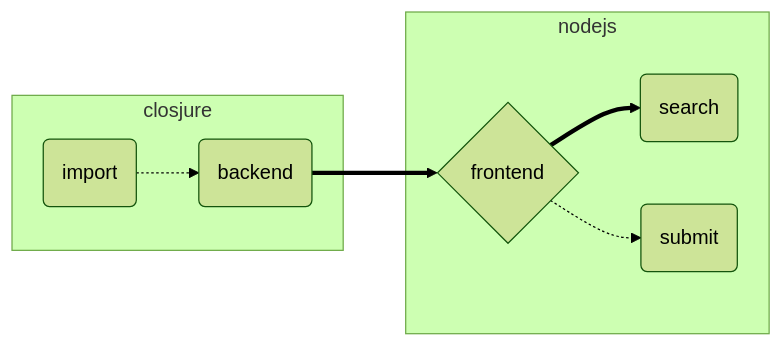
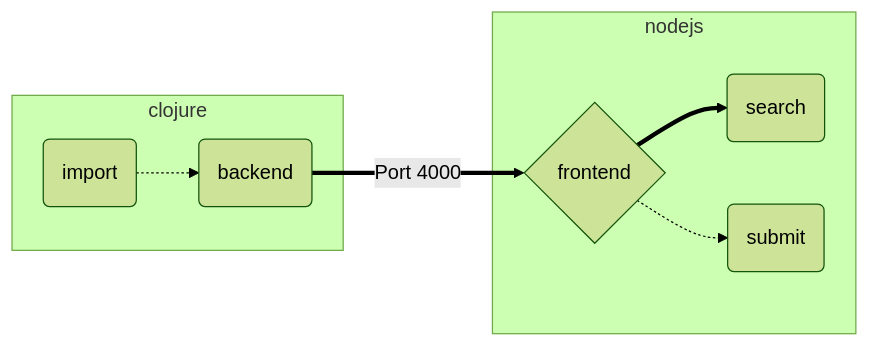
Before and after one commit to internet4refugees/beherbergung: the first of 2 diagrams in architecture.md, drawn with Mermaid (forest theme). The commit also changed other lines of this file, not shown here.

````diff
--- a/architecture.md
+++ b/architecture.md
@@ -10,11 +3,11 @@
 ```mermaid
 flowchart LR;
-    subgraph closjure
-    I(import) -.-> B(backend)
+    subgraph clojure
+        I(import) -.-> B(backend)
     end
     subgraph nodejs
-    B ==> C{frontend}
-    C ==> D(search)
-    C -.-> E(submit)
+        B ==Port 4000==> C{frontend}
+        C ==> D(search)
+        C -.-> E(submit)
     end
 ```
````
